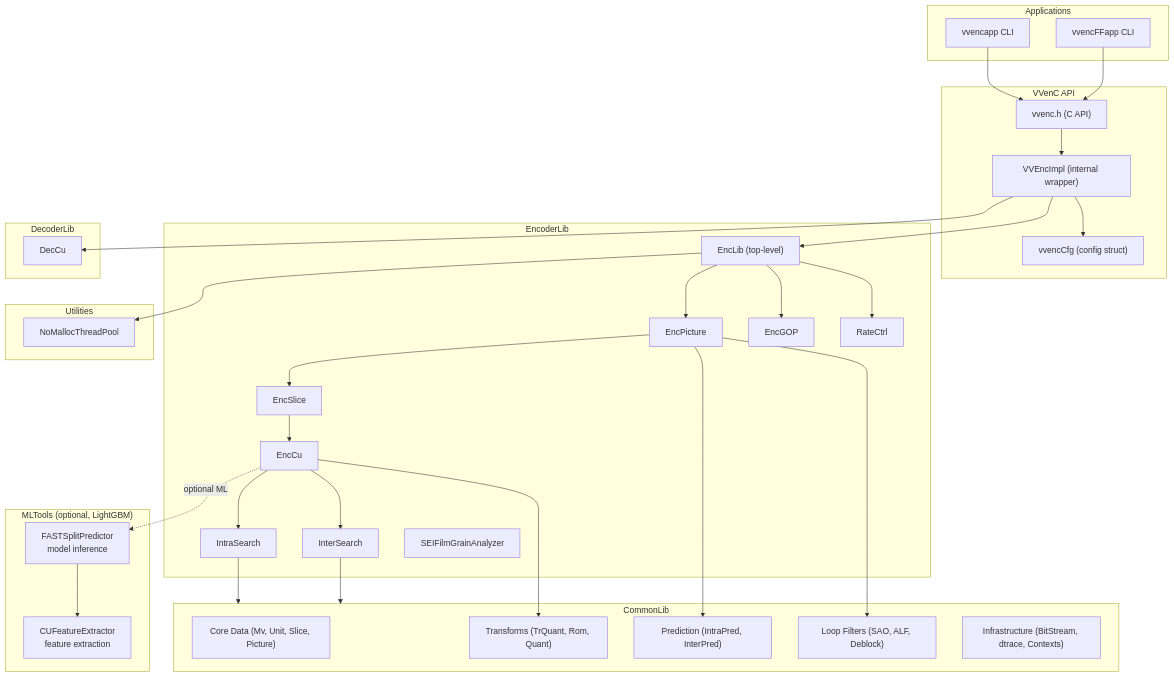
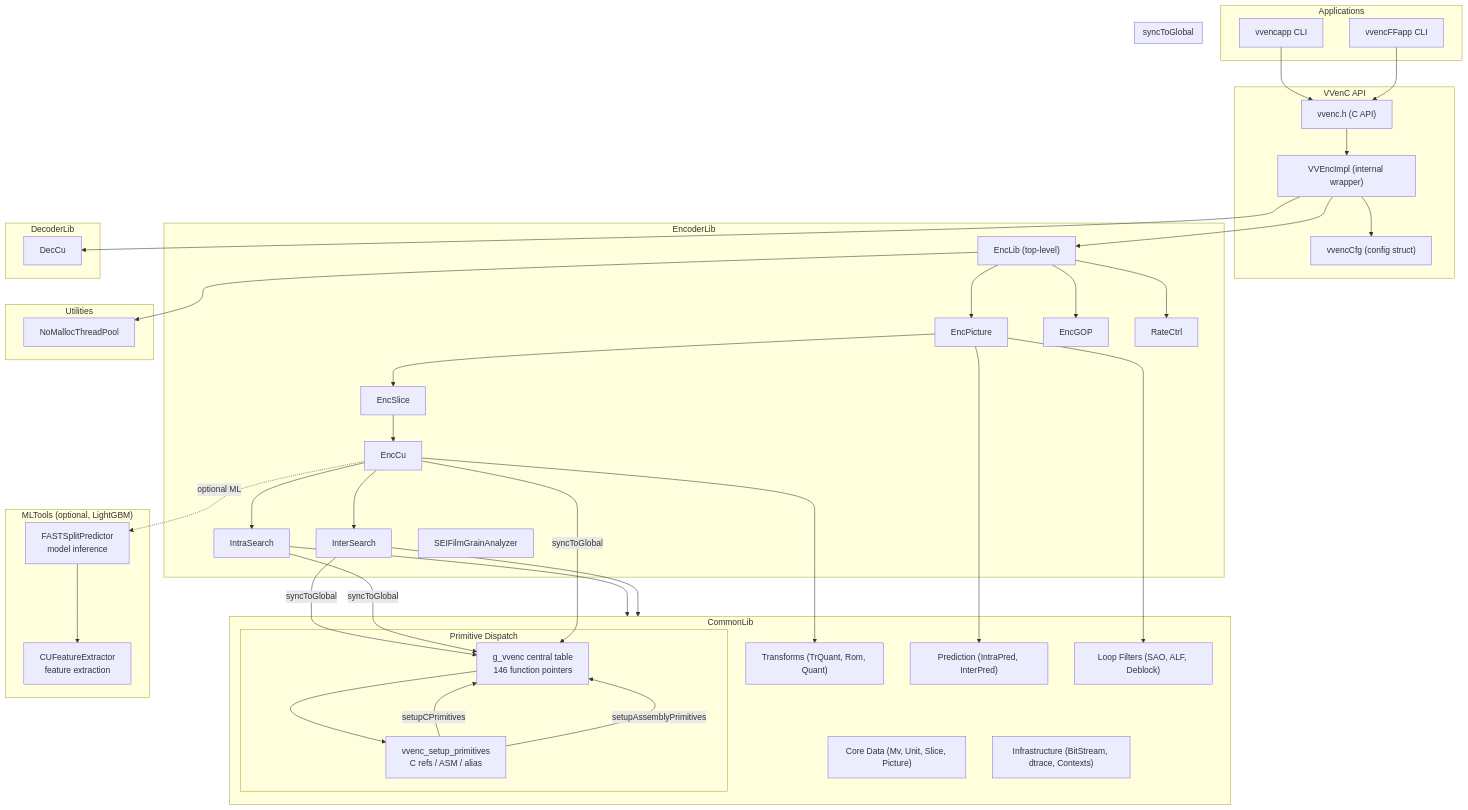
The first of 2 diagrams in technical-specification.md (opensassi/deepenc), drawn with Mermaid before and after one commit. The commit also changed other lines of this file and 50 other files, not shown here.

Commit message:
x265-dispatch-table-redesign-1e243cb9affe60O60z633o3VW6

````diff
--- a/technical-specification.md
+++ b/technical-specification.md
@@ -32,68 +90,81 @@
 ```mermaid
 graph TB
     subgraph Applications
         vvencapp[vvencapp CLI]
         vvencFFapp[vvencFFapp CLI]
     end
 
     subgraph VVenC_API["VVenC API"]
         vvenc_C_API["vvenc.h (C API)"]
         vvencCfg["vvencCfg (config struct)"]
         VVEncImpl["VVEncImpl (internal wrapper)"]
     end
 
     subgraph EncoderLib
         EncLib["EncLib (top-level)"]
         EncPicture["EncPicture"]
         EncSlice["EncSlice"]
         EncCu["EncCu"]
         IntraSearch["IntraSearch"]
         InterSearch["InterSearch"]
         EncGOP["EncGOP"]
         RateCtrl["RateCtrl"]
         SEIFilmGrain["SEIFilmGrainAnalyzer"]
     end
 
     subgraph CommonLib
         CoreData["Core Data (Mv, Unit, Slice, Picture)"]
         Transforms["Transforms (TrQuant, Rom, Quant)"]
         Prediction["Prediction (IntraPred, InterPred)"]
         LoopFilters["Loop Filters (SAO, ALF, Deblock)"]
         Infrastructure["Infrastructure (BitStream, dtrace, Contexts)"]
+        subgraph Primitives["Primitive Dispatch"]
+            g_vvenc["g_vvenc central table<br/>146 function pointers"]
+            setupChain["vvenc_setup_primitives<br/>C refs / ASM / alias"]
+        end
     end
 
     subgraph Utilities
         NoMallocTP["NoMallocThreadPool"]
     end
 
     subgraph MLTools["MLTools (optional, LightGBM)"]
         FSP["FASTSplitPredictor<br/>model inference"]
         CFE["CUFeatureExtractor<br/>feature extraction"]
     end
 
     subgraph DecoderLib
         DecCu["DecCu"]
     end
 
     vvencapp --> vvenc_C_API
     vvencFFapp --> vvenc_C_API
     vvenc_C_API --> VVEncImpl
     VVEncImpl --> vvencCfg
     VVEncImpl --> EncLib
     EncLib --> EncPicture
     EncLib --> EncGOP
     EncLib --> RateCtrl
     EncPicture --> EncSlice
     EncSlice --> EncCu
     EncCu --> IntraSearch
     EncCu --> InterSearch
     IntraSearch --> CommonLib
     InterSearch --> CommonLib
     EncPicture --> LoopFilters
     EncPicture --> Prediction
     EncCu --> Transforms
     EncLib --> NoMallocTP
     EncCu -.->|optional ML| FSP
     FSP --> CFE
     VVEncImpl --> DecCu
+
+    subgraph syncToGlobal
+        InterSearch -->|syncToGlobal| g_vvenc
+        IntraSearch -->|syncToGlobal| g_vvenc
+        EncCu -->|syncToGlobal| g_vvenc
+    end
+    g_vvenc --> setupChain
+    setupChain -->|setupCPrimitives| g_vvenc
+    setupChain -->|setupAssemblyPrimitives| g_vvenc
 ```
````
